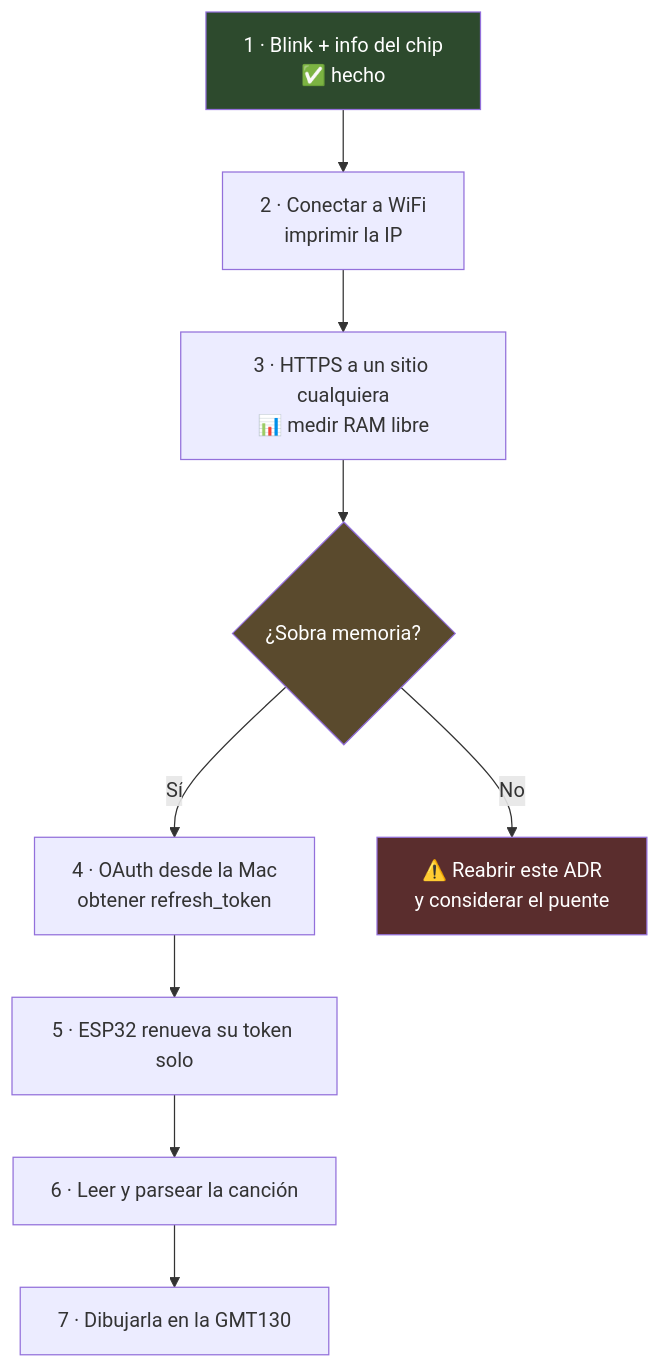
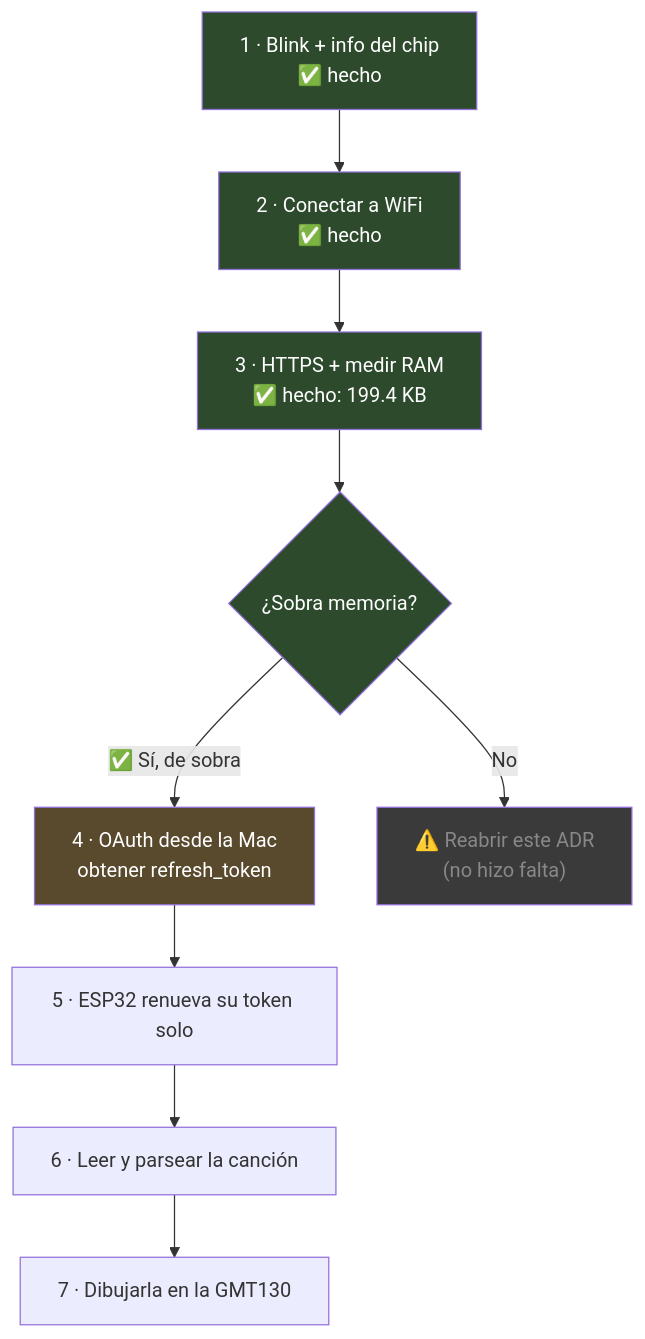
One commit to FReptar0/ESP32 changed the third of 3 diagrams in proyectos/tamagotchi/1-decisiones/ADR-0002-como-obtener-datos-de-spotify.md. Above: the diagram before and after it, drawn with Mermaid. The commit also changed other lines of this file and 7 other files, not shown here.

````diff
--- a/proyectos/tamagotchi/1-decisiones/ADR-0002-como-obtener-datos-de-spotify.md
+++ b/proyectos/tamagotchi/1-decisiones/ADR-0002-como-obtener-datos-de-spotify.md
@@ -136,15 +136,18 @@
 ```mermaid
 graph TD
-    A["1 · Blink + info del chip<br/>✅ hecho"] --> B["2 · Conectar a WiFi<br/>imprimir la IP"]
-    B --> C["3 · HTTPS a un sitio cualquiera<br/>📊 medir RAM libre"]
+    A["1 · Blink + info del chip<br/>✅ hecho"] --> B["2 · Conectar a WiFi<br/>✅ hecho"]
+    B --> C["3 · HTTPS + medir RAM<br/>✅ hecho: 199.4 KB"]
     C --> D{"¿Sobra memoria?"}
-    D -->|"Sí"| E["4 · OAuth desde la Mac<br/>obtener refresh_token"]
-    D -->|"No"| X["⚠️ Reabrir este ADR<br/>y considerar el puente"]
+    D -->|"✅ Sí, de sobra"| E["4 · OAuth desde la Mac<br/>obtener refresh_token"]
+    D -->|"No"| X["⚠️ Reabrir este ADR<br/>(no hizo falta)"]
     E --> F["5 · ESP32 renueva su token solo"]
     F --> G["6 · Leer y parsear la canción"]
     G --> H["7 · Dibujarla en la GMT130"]
 
     style A fill:#2d4a2d,color:#fff
-    style D fill:#5a4a2d,color:#fff
-    style X fill:#5a2d2d,color:#fff
+    style B fill:#2d4a2d,color:#fff
+    style C fill:#2d4a2d,color:#fff
+    style D fill:#2d4a2d,color:#fff
+    style E fill:#5a4a2d,color:#fff
+    style X fill:#3a3a3a,color:#888
 ```
````
